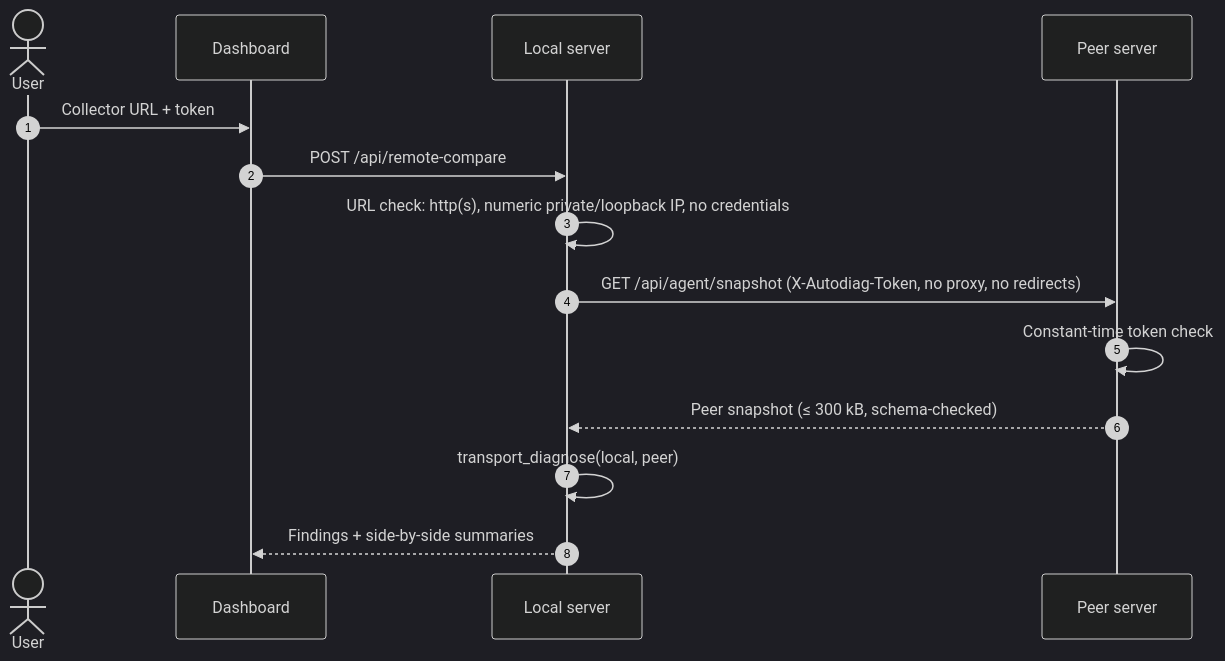
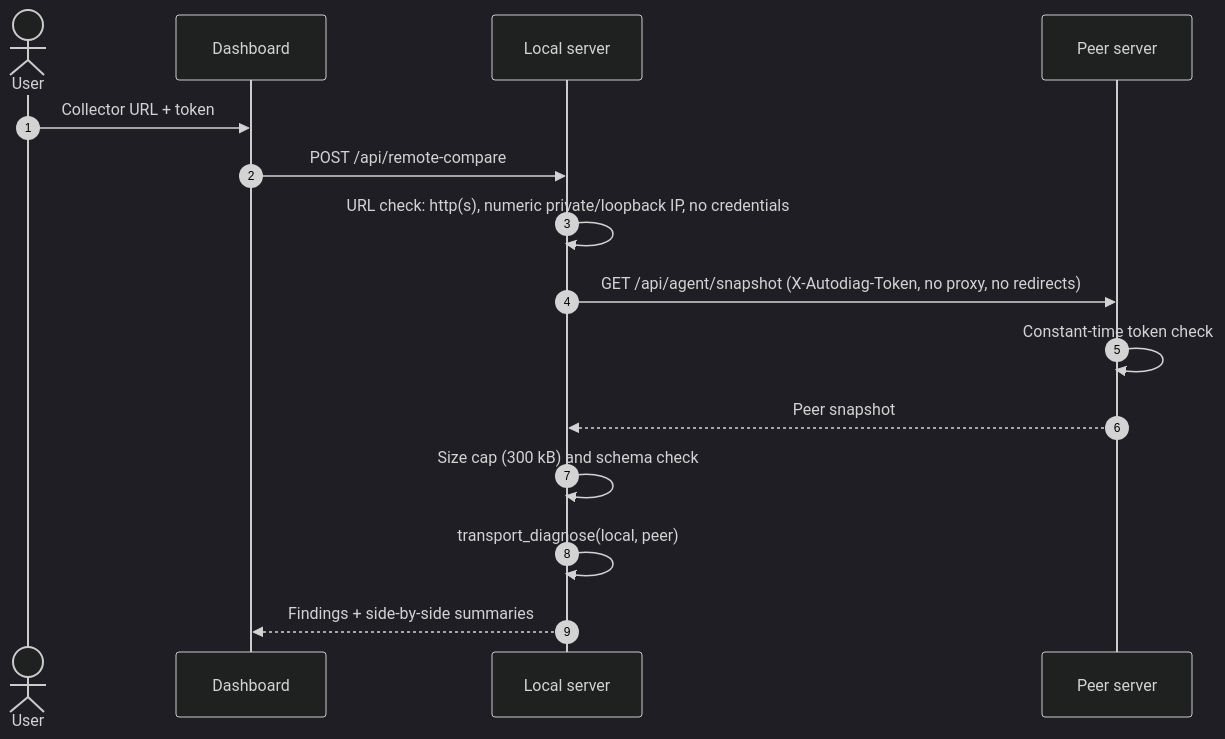
One commit to Animesh2507/dds-autodiag changed the first of 4 diagrams in docs/architecture/flows.md. Above: the diagram before and after it, drawn with Mermaid (dark theme). The commit also changed other lines of this file and 35 other files, not shown here.

````diff
--- a/docs/architecture/flows.md
+++ b/docs/architecture/flows.md
@@ -7,16 +7,17 @@
 ```mermaid
 sequenceDiagram
     autonumber
     actor U as User
     participant D as Dashboard
     participant S as Local server
     participant P as Peer server
     U->>D: Collector URL + token
     D->>S: POST /api/remote-compare
     S->>S: URL check: http(s), numeric private/loopback IP, no credentials
     S->>P: GET /api/agent/snapshot (X-Autodiag-Token, no proxy, no redirects)
     P->>P: Constant-time token check
-    P-->>S: Peer snapshot (≤ 300 kB, schema-checked)
+    P-->>S: Peer snapshot
+    S->>S: Size cap (300 kB) and schema check
     S->>S: transport_diagnose(local, peer)
     S-->>D: Findings + side-by-side summaries
 ```
````
